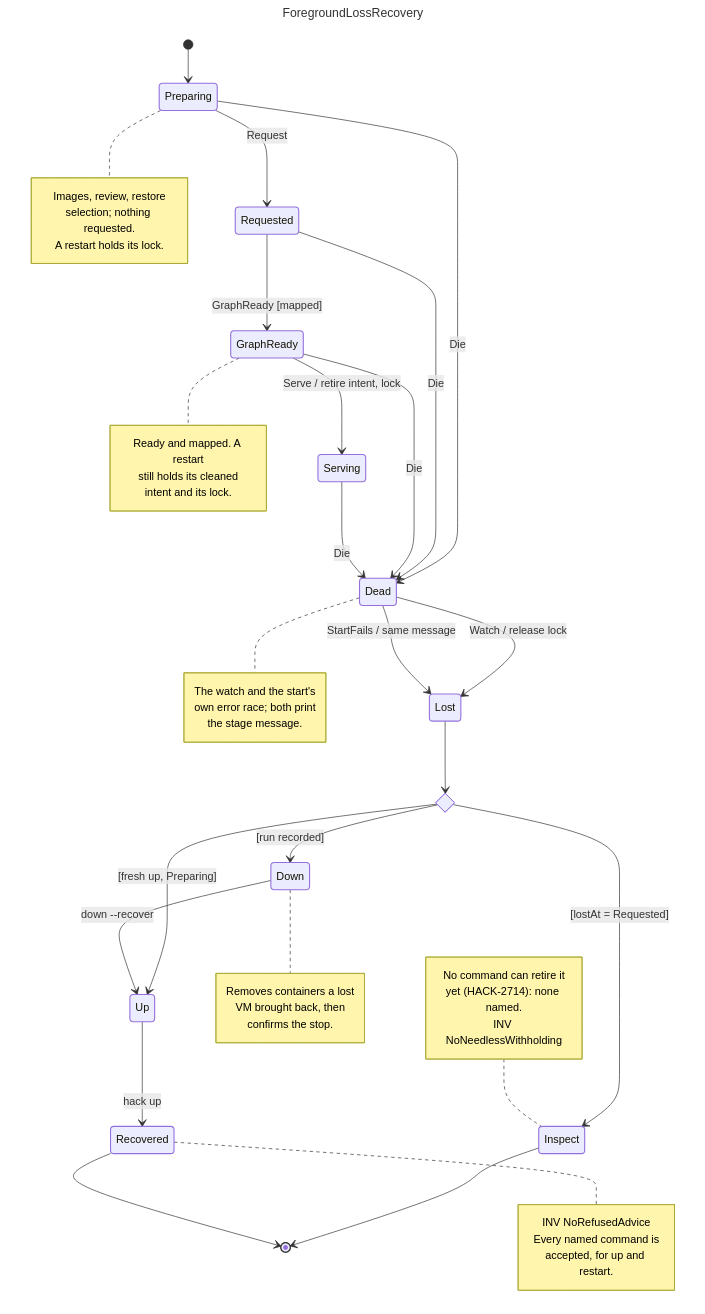
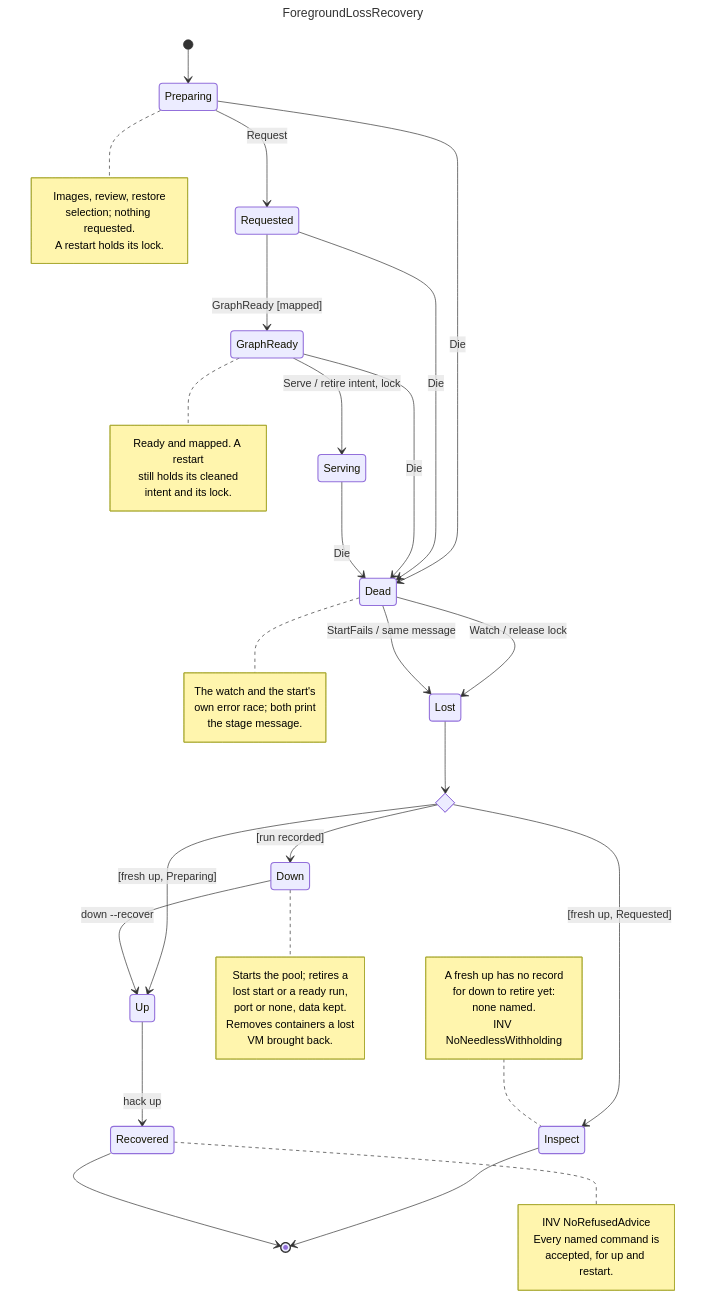
Before and after one commit to hack-dance/hack: the diagram in docs/diagrams/foreground-loss-recovery.mmd, drawn with Mermaid. The commit also changed 33 other files, not shown here.

```diff
--- a/docs/diagrams/foreground-loss-recovery.mmd
+++ b/docs/diagrams/foreground-loss-recovery.mmd
@@ -1,67 +1,70 @@
 ---
 title: ForegroundLossRecovery
 ---
 stateDiagram-v2
   direction TB
   [*] --> Preparing
   Preparing --> Requested : Request
   Requested --> GraphReady : GraphReady [mapped]
   GraphReady --> Serving : Serve / retire intent, lock
   Preparing --> Dead : Die
   Requested --> Dead : Die
   GraphReady --> Dead : Die
   Serving --> Dead : Die
   Dead --> Lost : Watch / release lock
   Dead --> Lost : StartFails / same message
   state advice <<choice>>
   Lost --> advice
-  advice --> Inspect : [lostAt = Requested]
+  advice --> Inspect : [fresh up, Requested]
   advice --> Down : [run recorded]
   advice --> Up : [fresh up, Preparing]
   Down --> Up : down --recover
   Up --> Recovered : hack up
   Inspect --> [*]
   Recovered --> [*]
 
   note right of Preparing
     Images, review, restore
     selection; nothing requested.
     A restart holds its lock.
   end note
   note right of GraphReady
     Ready and mapped. A restart
     still holds its cleaned
     intent and its lock.
   end note
   note right of Dead
     The watch and the start's
     own error race; both print
     the stage message.
   end note
   note left of Inspect
-    No command can retire it
-    yet (HACK-2714): none named.
+    A fresh up has no record
+    for down to retire yet:
+    none named.
     INV NoNeedlessWithholding
   end note
   note right of Down
+    Starts the pool; retires a
+    lost start or a ready run,
+    port or none, data kept.
     Removes containers a lost
-    VM brought back, then
-    confirms the stop.
+    VM brought back.
   end note
   note right of Recovered
     INV NoRefusedAdvice
     Every named command is
     accepted, for up and restart.
   end note
 
   classDef live stroke-width:1.6px
   classDef wait stroke-width:1.6px
   classDef ok stroke-width:1.6px
   classDef fail stroke-width:1.6px
   classDef idle stroke-width:1.6px
   class Preparing,Requested,GraphReady wait
   class Serving live
   class Dead,Lost fail
   class Down,Up wait
   class Recovered ok
   class Inspect idle
```
